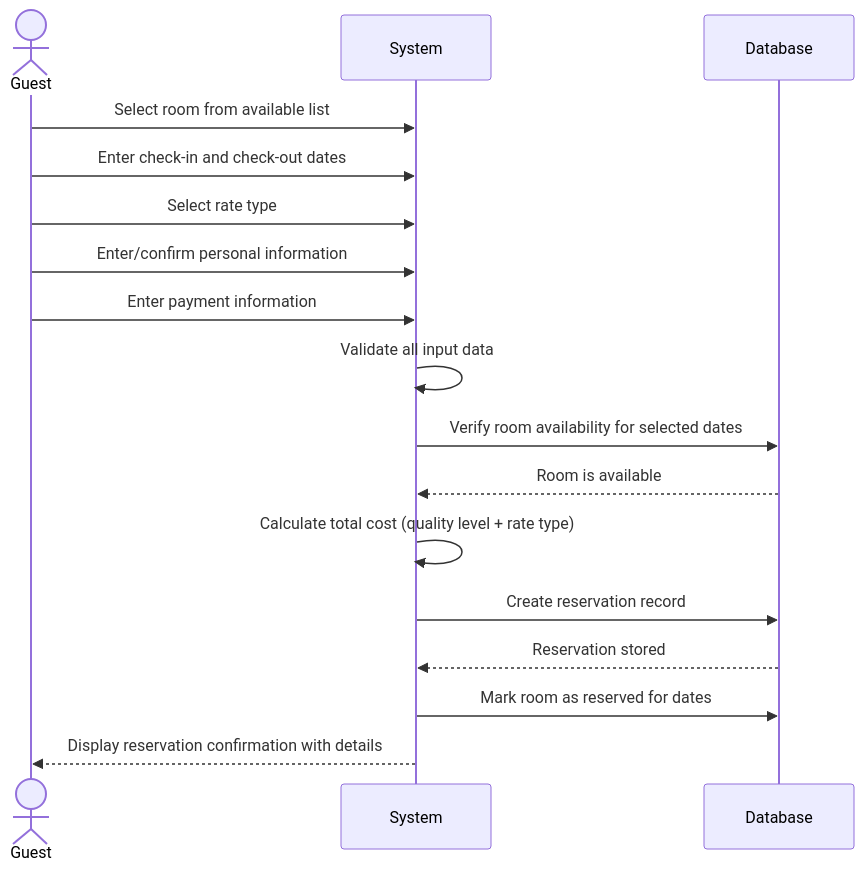
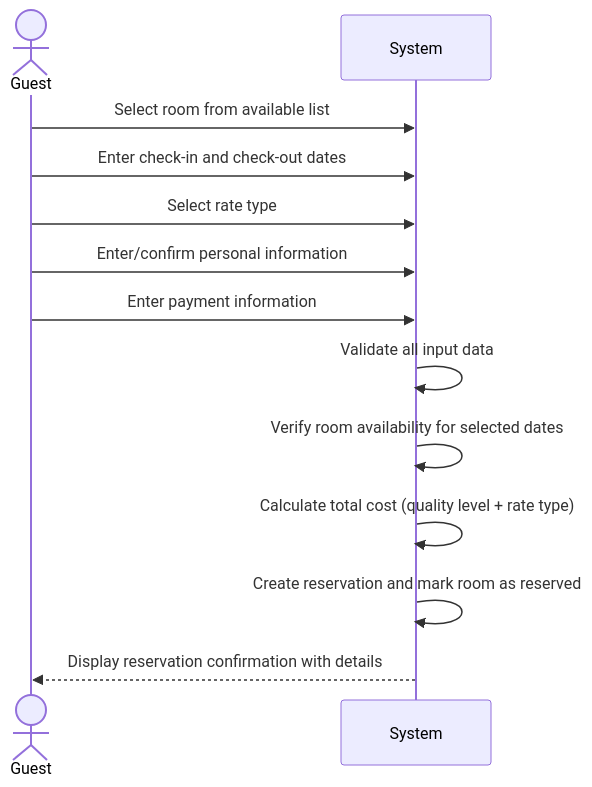
The diagram in Documentation/User-Cases/MakeReservation.md (JaceYar/Software1-Proj), drawn with Mermaid before and after one commit. The commit also changed 11 other files, not shown here.

Commit message:
fix the diagrams

````diff
--- a/Documentation/User-Cases/MakeReservation.md
+++ b/Documentation/User-Cases/MakeReservation.md
@@ -11,20 +11,16 @@
 ```mermaid
 sequenceDiagram
     actor Guest
     participant System
-    participant Database
 
     Guest->>System: Select room from available list
     Guest->>System: Enter check-in and check-out dates
     Guest->>System: Select rate type
     Guest->>System: Enter/confirm personal information
     Guest->>System: Enter payment information
     System->>System: Validate all input data
-    System->>Database: Verify room availability for selected dates
-    Database-->>System: Room is available
+    System->>System: Verify room availability for selected dates
     System->>System: Calculate total cost (quality level + rate type)
-    System->>Database: Create reservation record
-    Database-->>System: Reservation stored
-    System->>Database: Mark room as reserved for dates
+    System->>System: Create reservation and mark room as reserved
     System-->>Guest: Display reservation confirmation with details
 ```
````
